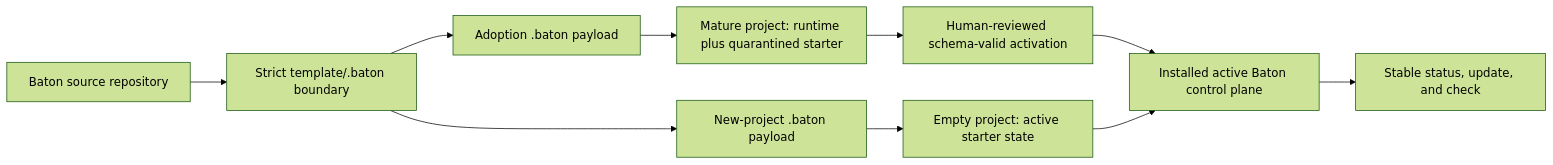
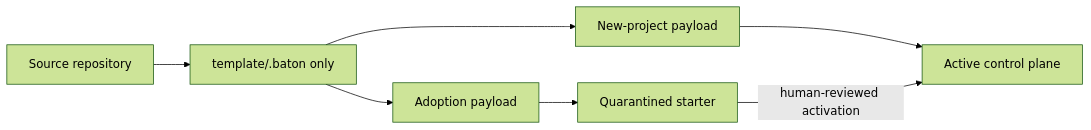
One commit to FabienGreard/agentic-project-harness changed the first of 2 diagrams in docs/architecture.md. Above: the diagram before and after it, drawn with Mermaid (forest theme). The commit also changed other lines of this file and 188 other files, not shown here.

````diff
--- a/docs/architecture.md
+++ b/docs/architecture.md
@@ -7,12 +7,9 @@
 ```mermaid
 flowchart LR
-    S["Baton source repository"] --> C["Strict template/.baton boundary"]
-    C --> N["New-project .baton payload"]
-    C --> A["Adoption .baton payload"]
-    N --> E["Empty project: active starter state"]
-    A --> M["Mature project: runtime plus quarantined starter"]
-    M --> H["Human-reviewed schema-valid activation"]
-    H --> I["Installed active Baton control plane"]
-    E --> I
-    I --> U["Stable status, update, and check"]
+    S["Source repository"] --> T["template/.baton only"]
+    T --> N["New-project payload"]
+    T --> A["Adoption payload"]
+    N --> I["Active control plane"]
+    A --> Q["Quarantined starter"]
+    Q -->|"human-reviewed activation"| I
 ```
````
